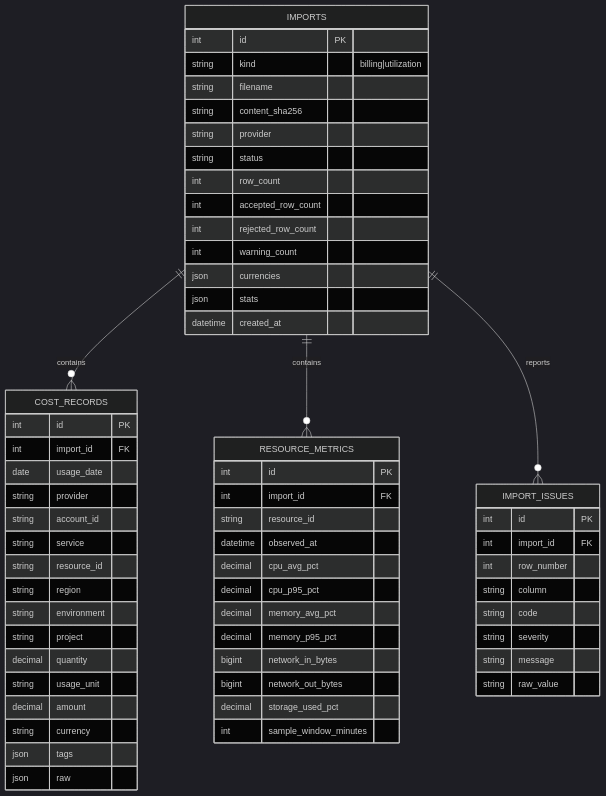
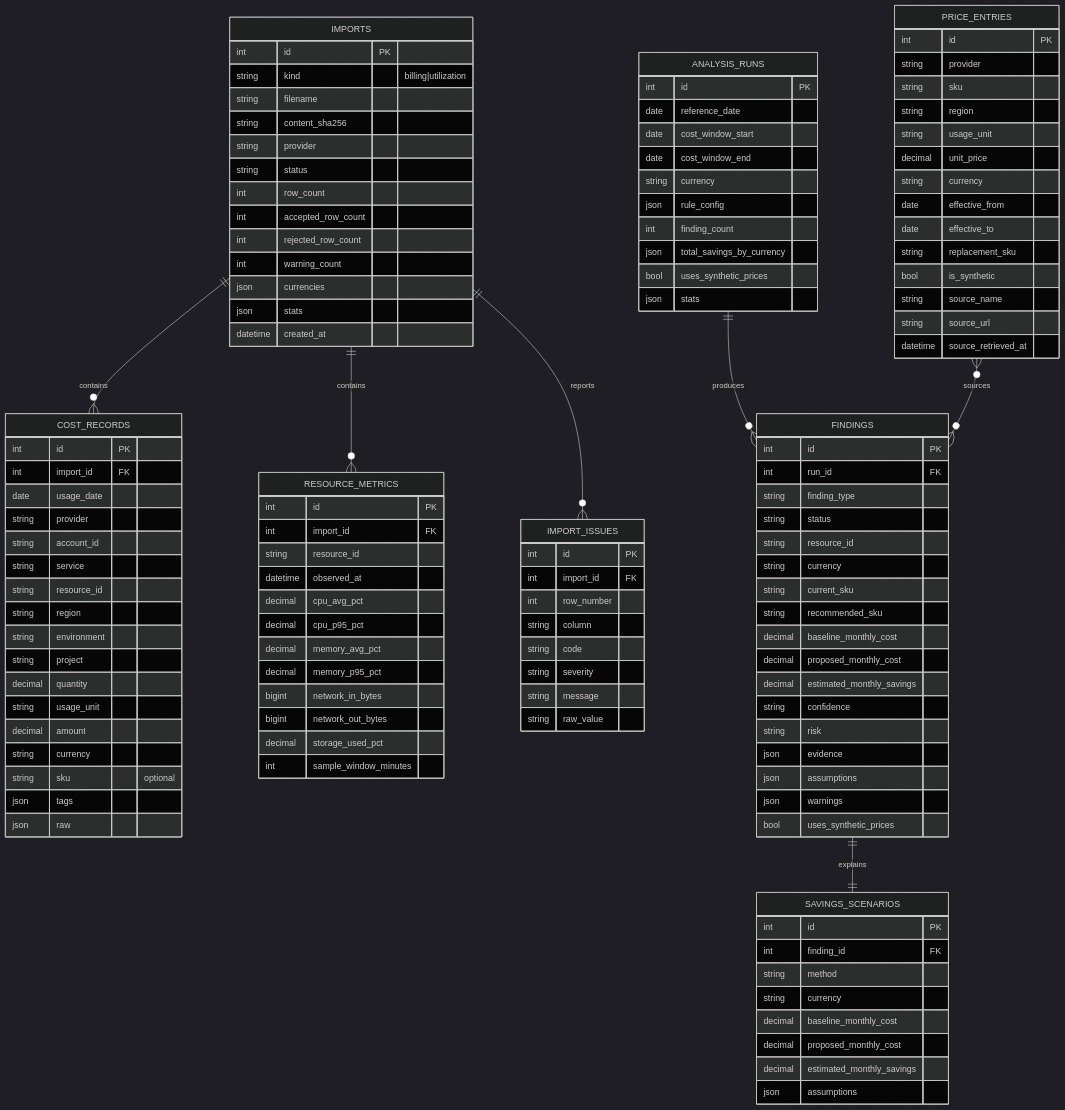
The third of 4 diagrams in docs/ARCHITECTURE.md (bharath609/CloudPilot.ai), drawn with Mermaid (dark theme) before and after one commit. The commit also changed other lines of this file and 30 other files, not shown here.

First line of the commit message:
feat: milestone 3 waste detection and savings scenarios

````diff
--- a/docs/ARCHITECTURE.md
+++ b/docs/ARCHITECTURE.md
@@ -196,6 +248,9 @@
   IMPORTS ||--o{ COST_RECORDS : "contains"
   IMPORTS ||--o{ RESOURCE_METRICS : "contains"
   IMPORTS ||--o{ IMPORT_ISSUES : "reports"
+  ANALYSIS_RUNS ||--o{ FINDINGS : "produces"
+  FINDINGS ||--|| SAVINGS_SCENARIOS : "explains"
+  PRICE_ENTRIES }o--o{ FINDINGS : "sources"
 
   IMPORTS {
     int id PK
@@ -227,6 +282,7 @@
     string usage_unit
     decimal amount
     string currency
+    string sku "optional"
     json tags
     json raw
   }
@@ -254,4 +310,61 @@
     string message
     string raw_value
   }
+  PRICE_ENTRIES {
+    int id PK
+    string provider
+    string sku
+    string region
+    string usage_unit
+    decimal unit_price
+    string currency
+    date effective_from
+    date effective_to
+    string replacement_sku
+    bool is_synthetic
+    string source_name
+    string source_url
+    datetime source_retrieved_at
+  }
+  ANALYSIS_RUNS {
+    int id PK
+    date reference_date
+    date cost_window_start
+    date cost_window_end
+    string currency
+    json rule_config
+    int finding_count
+    json total_savings_by_currency
+    bool uses_synthetic_prices
+    json stats
+  }
+  FINDINGS {
+    int id PK
+    int run_id FK
+    string finding_type
+    string status
+    string resource_id
+    string currency
+    string current_sku
+    string recommended_sku
+    decimal baseline_monthly_cost
+    decimal proposed_monthly_cost
+    decimal estimated_monthly_savings
+    string confidence
+    string risk
+    json evidence
+    json assumptions
+    json warnings
+    bool uses_synthetic_prices
+  }
+  SAVINGS_SCENARIOS {
+    int id PK
+    int finding_id FK
+    string method
+    string currency
+    decimal baseline_monthly_cost
+    decimal proposed_monthly_cost
+    decimal estimated_monthly_savings
+    json assumptions
+  }
 ```
````
